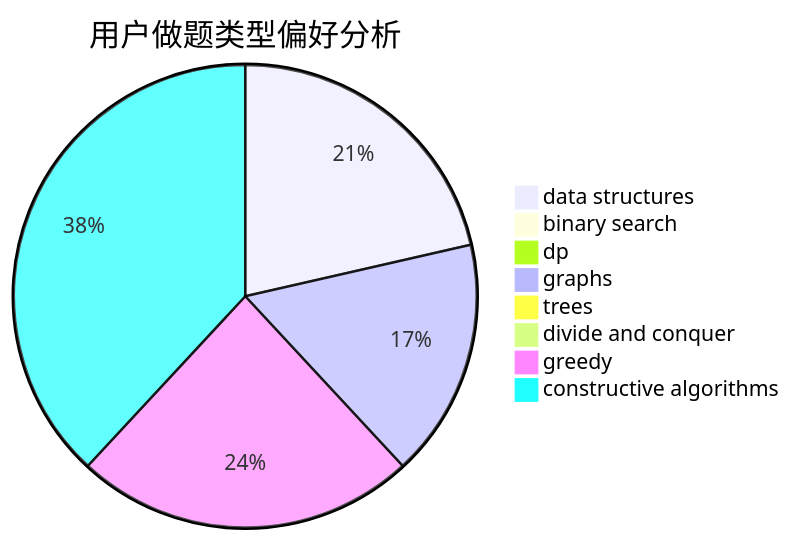
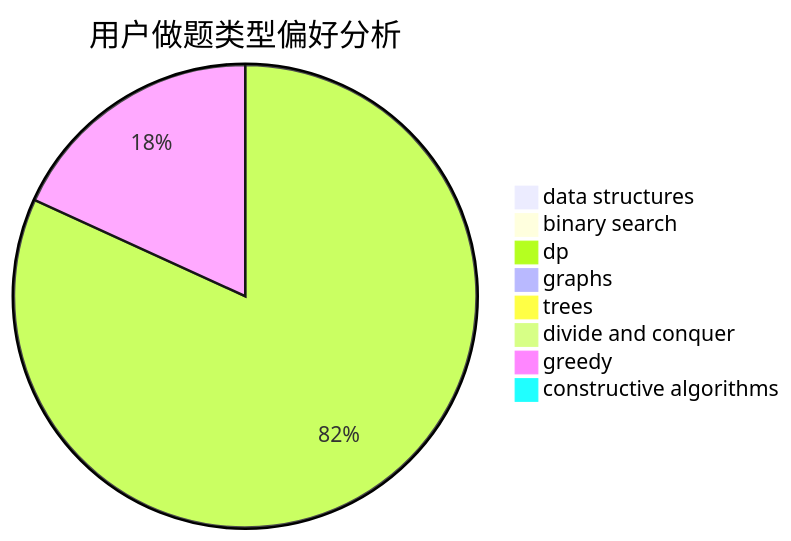
The second of 3 diagrams in docs/user/u2098.md (sherpahu/cfrs.github.io), drawn with Mermaid before and after one commit. The commit also changed other lines of this file and 2770 other files, not shown here.

````diff
--- a/docs/user/u2098.md
+++ b/docs/user/u2098.md
@@ -23,11 +23,11 @@
 ```mermaid
 pie title 用户做题类型偏好分析
-    "data structures" :  18
+    "data structures" :  0
     "binary search" :  0
-    "dp" :  0
-    "graphs" :  14
+    "dp" :  9
+    "graphs" :  0
     "trees" :  0
     "divide and conquer" :  0
-    "greedy" :  20
-    "constructive algorithms" :  32
+    "greedy" :  2
+    "constructive algorithms" :  0
 ```
````
